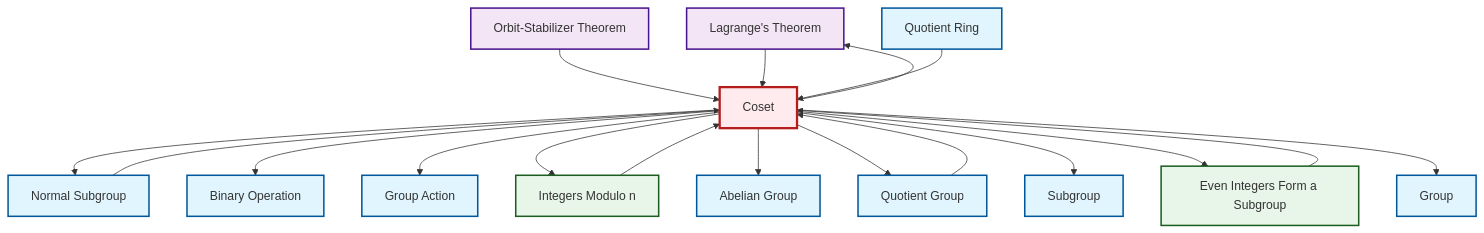
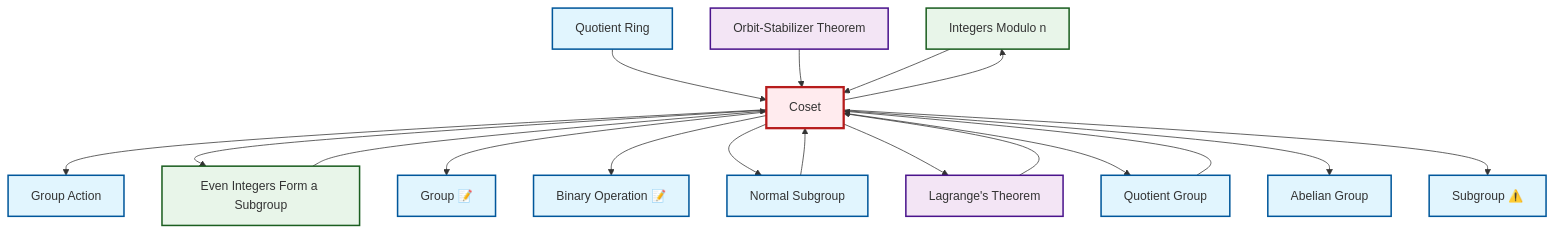
The diagram in output/mermaid/en/def-coset.mermaid (RK0429/ModernMath), drawn with Mermaid before and after one commit. The commit also changed 1779 other files, not shown here.

```diff
--- a/output/mermaid/en/def-coset.mermaid
+++ b/output/mermaid/en/def-coset.mermaid
@@ -1,37 +1,37 @@
 graph TD
     classDef definition fill:#e1f5fe,stroke:#01579b,stroke-width:2px
     classDef theorem fill:#f3e5f5,stroke:#4a148c,stroke-width:2px
     classDef axiom fill:#fff3e0,stroke:#e65100,stroke-width:2px
     classDef example fill:#e8f5e9,stroke:#1b5e20,stroke-width:2px
     classDef current fill:#ffebee,stroke:#b71c1c,stroke-width:3px
+    ex-quotient-integers-mod-n["Integers Modulo n"]:::example
+    def-group["Group 📝"]:::definition
+    def-coset["Coset"]:::definition
+    def-quotient-group["Quotient Group"]:::definition
+    def-group-action["Group Action"]:::definition
     thm-lagrange["Lagrange's Theorem"]:::theorem
-    ex-quotient-integers-mod-n["Integers Modulo n"]:::example
     thm-orbit-stabilizer["Orbit-Stabilizer Theorem"]:::theorem
-    def-group["Group"]:::definition
-    def-subgroup["Subgroup"]:::definition
-    def-quotient-group["Quotient Group"]:::definition
-    def-binary-operation["Binary Operation"]:::definition
     def-abelian-group["Abelian Group"]:::definition
+    ex-even-integers-subgroup["Even Integers Form a Subgroup"]:::example
+    def-quotient-ring["Quotient Ring"]:::definition
+    def-subgroup["Subgroup ⚠️"]:::definition
     def-normal-subgroup["Normal Subgroup"]:::definition
-    ex-even-integers-subgroup["Even Integers Form a Subgroup"]:::example
-    def-group-action["Group Action"]:::definition
-    def-coset["Coset"]:::definition
-    def-quotient-ring["Quotient Ring"]:::definition
-    thm-orbit-stabilizer --> def-coset
-    def-coset --> def-normal-subgroup
-    def-coset --> def-binary-operation
+    def-binary-operation["Binary Operation 📝"]:::definition
+    def-quotient-group --> def-coset
     def-coset --> def-group-action
-    def-coset --> ex-quotient-integers-mod-n
-    def-coset --> thm-lagrange
-    ex-even-integers-subgroup --> def-coset
-    thm-lagrange --> def-coset
-    ex-quotient-integers-mod-n --> def-coset
-    def-quotient-ring --> def-coset
-    def-quotient-group --> def-coset
-    def-coset --> def-abelian-group
-    def-coset --> def-quotient-group
-    def-coset --> def-subgroup
-    def-normal-subgroup --> def-coset
     def-coset --> ex-even-integers-subgroup
     def-coset --> def-group
+    def-coset --> def-binary-operation
+    def-quotient-ring --> def-coset
+    def-coset --> def-normal-subgroup
+    ex-even-integers-subgroup --> def-coset
+    def-coset --> ex-quotient-integers-mod-n
+    def-normal-subgroup --> def-coset
+    thm-lagrange --> def-coset
+    def-coset --> thm-lagrange
+    thm-orbit-stabilizer --> def-coset
+    def-coset --> def-quotient-group
+    def-coset --> def-abelian-group
+    def-coset --> def-subgroup
+    ex-quotient-integers-mod-n --> def-coset
     class def-coset current
```
